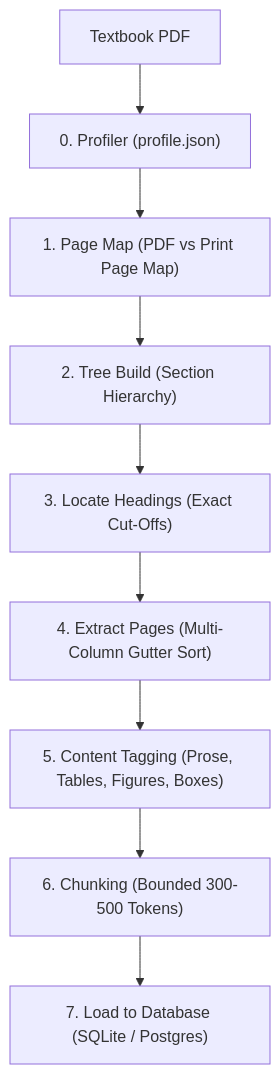
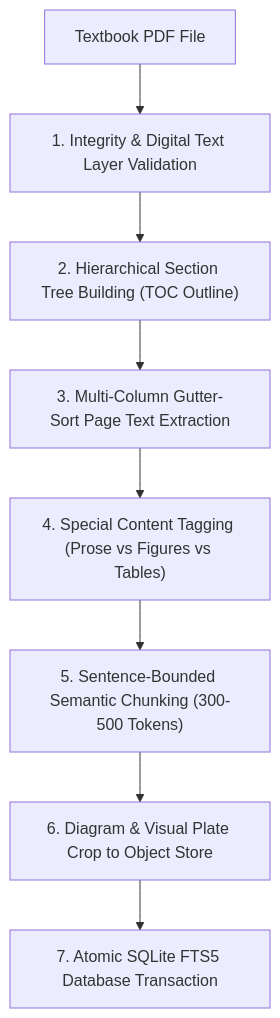
Before and after one commit to argv26/CliniSource: the diagram in docs/architecture.md, drawn with Mermaid. The commit also changed other lines of this file and 11 other files, not shown here.

Commit message:
docs: update all documentation with latest universal architecture and clean repository

````diff
--- a/docs/architecture.md
+++ b/docs/architecture.md
@@ -23,11 +145,10 @@
 ```mermaid
 flowchart TD
-    PDF["Textbook PDF"] --> Profiler["0. Profiler (profile.json)"]
-    Profiler --> PageMap["1. Page Map (PDF vs Print Page Map)"]
-    PageMap --> TreeBuild["2. Tree Build (Section Hierarchy)"]
-    TreeBuild --> Headings["3. Locate Headings (Exact Cut-Offs)"]
-    Headings --> Extract["4. Extract Pages (Multi-Column Gutter Sort)"]
-    Extract --> Tagging["5. Content Tagging (Prose, Tables, Figures, Boxes)"]
-    Tagging --> Chunking["6. Chunking (Bounded 300-500 Tokens)"]
-    Chunking --> LoadDB["7. Load to Database (SQLite / Postgres)"]
+    PDF["Textbook PDF File"] --> Validate["1. Integrity & Digital Text Layer Validation"]
+    Validate --> Structure["2. Hierarchical Section Tree Building (TOC Outline)"]
+    Structure --> Extraction["3. Multi-Column Gutter-Sort Page Text Extraction"]
+    Extraction --> Tagging["4. Special Content Tagging (Prose vs Figures vs Tables)"]
+    Tagging --> Chunking["5. Sentence-Bounded Semantic Chunking (300-500 Tokens)"]
+    Chunking --> Media["6. Diagram & Visual Plate Crop to Object Store"]
+    Media --> Indexing["7. Atomic SQLite FTS5 Database Transaction"]
 ```
````
